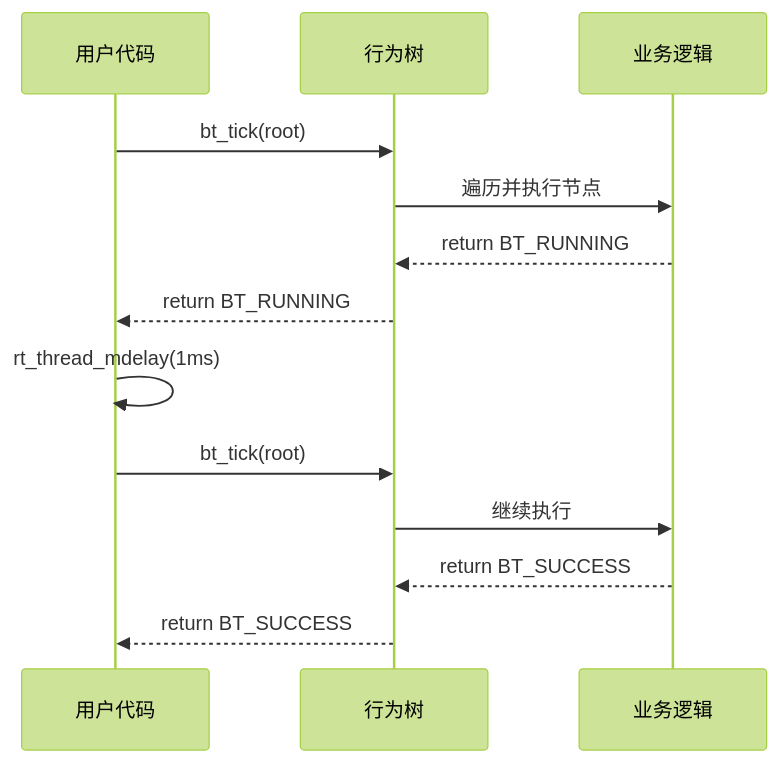
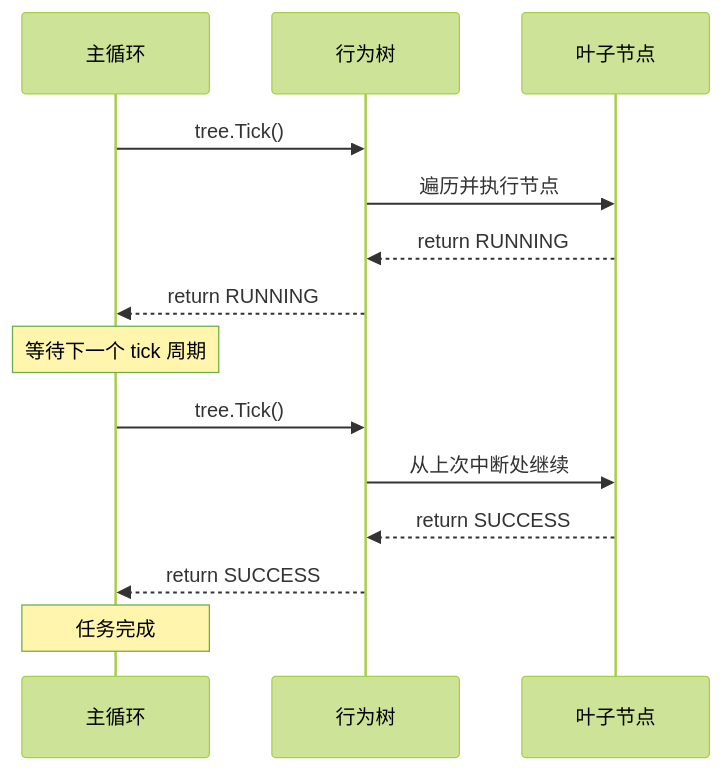
The diagram in content/posts/blog/behavior_tree_tick_mechanism.md (DeguiLiu/tech-notes), drawn with Mermaid (forest theme) before and after one commit. The commit also changed other lines of this file, not shown here.

First line of the commit message:
refactor: rewrite behavior tree article with bt-cpp focus

````diff
--- a/content/posts/blog/behavior_tree_tick_mechanism.md
+++ b/content/posts/blog/behavior_tree_tick_mechanism.md
@@ -20,17 +22,18 @@
 ```mermaid
 sequenceDiagram
-    participant User as 用户代码
+    participant Main as 主循环
     participant BT as 行为树
-    participant Action as 业务逻辑
+    participant Leaf as 叶子节点
 
-    User->>BT: bt_tick(root)
-    BT->>Action: 遍历并执行节点
-    Action-->>BT: return BT_RUNNING
-    BT-->>User: return BT_RUNNING
-    User->>User: rt_thread_mdelay(1ms)
+    Main->>BT: tree.Tick()
+    BT->>Leaf: 遍历并执行节点
+    Leaf-->>BT: return RUNNING
+    BT-->>Main: return RUNNING
+    Note over Main: 等待下一个 tick 周期
 
-    User->>BT: bt_tick(root)
-    BT->>Action: 继续执行
-    Action-->>BT: return BT_SUCCESS
-    BT-->>User: return BT_SUCCESS
+    Main->>BT: tree.Tick()
+    BT->>Leaf: 从上次中断处继续
+    Leaf-->>BT: return SUCCESS
+    BT-->>Main: return SUCCESS
+    Note over Main: 任务完成
 ```
````
